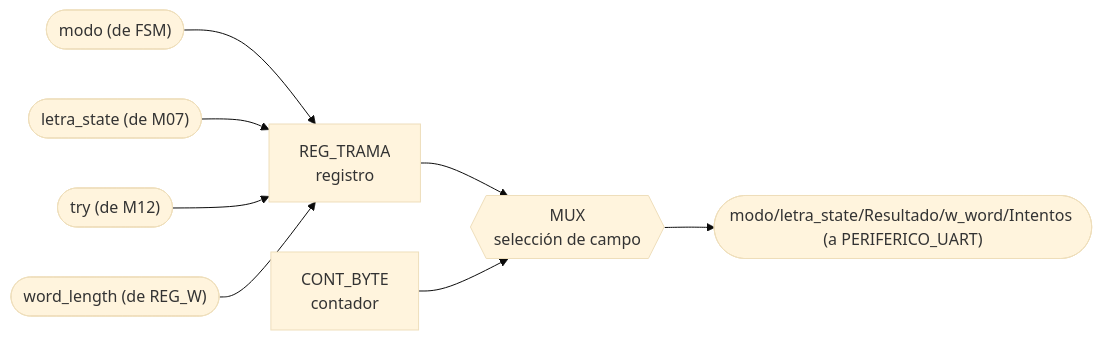
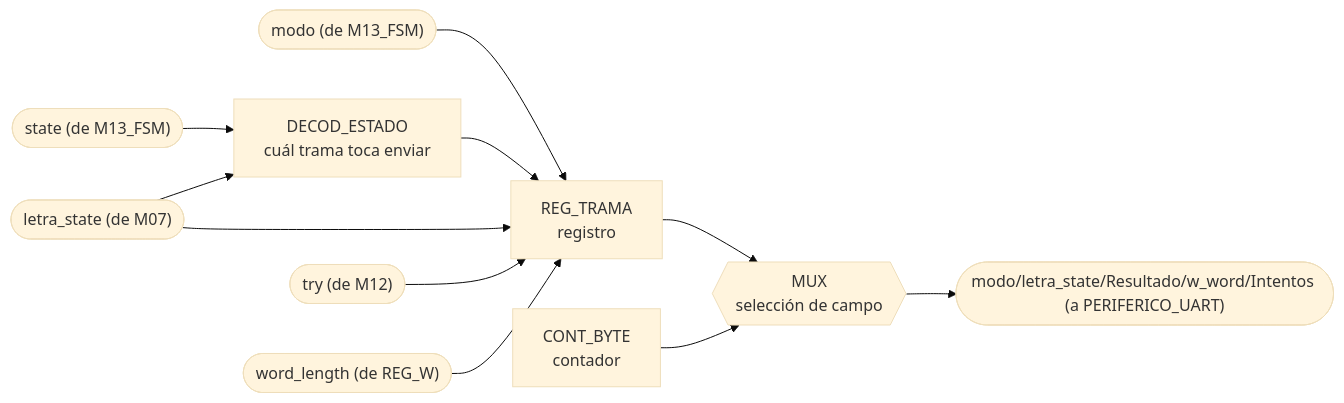
Before and after one commit to Taller-de-diseno-digital-GR01/Proyecto-2-Ahorcado: diagram 12 of 14 in docs/diseño/diagramas/nivel03.md, drawn with Mermaid (base theme). The commit also changed other lines of this file and 1 other file, not shown here.

Commit message:
nivel03: agregar M13_FSM, los demas modulos ahora decodifican state

````diff
--- a/docs/diseño/diagramas/nivel03.md
+++ b/docs/diseño/diagramas/nivel03.md
@@ -457,10 +505,13 @@
 ```mermaid
 flowchart LR
-    IN_MODO(["modo (de FSM)"]) --> REG_FRAME["REG_TRAMA<br/>registro"]
-    IN_STATE(["letra_state (de M07)"]) --> REG_FRAME
+    IN_MODO(["modo (de M13_FSM)"]) --> REG_FRAME["REG_TRAMA<br/>registro"]
+    IN_STATE(["state (de M13_FSM)"]) --> DEC_ST["DECOD_ESTADO<br/>cuál trama toca enviar"]
+    DEC_ST --> REG_FRAME
+    IN_LST(["letra_state (de M07)"]) --> REG_FRAME
+    IN_LST --> DEC_ST
     IN_TRY(["try (de M12)"]) --> REG_FRAME
     IN_LEN(["word_length (de REG_W)"]) --> REG_FRAME
     REG_FRAME --> MUX1{{"MUX<br/>selección de campo"}}
     CNT_BYTE["CONT_BYTE<br/>contador"] --> MUX1
     MUX1 --> OUT_UART(["modo/letra_state/Resultado/w_word/Intentos (a PERIFERICO_UART)"])
 ```
````
